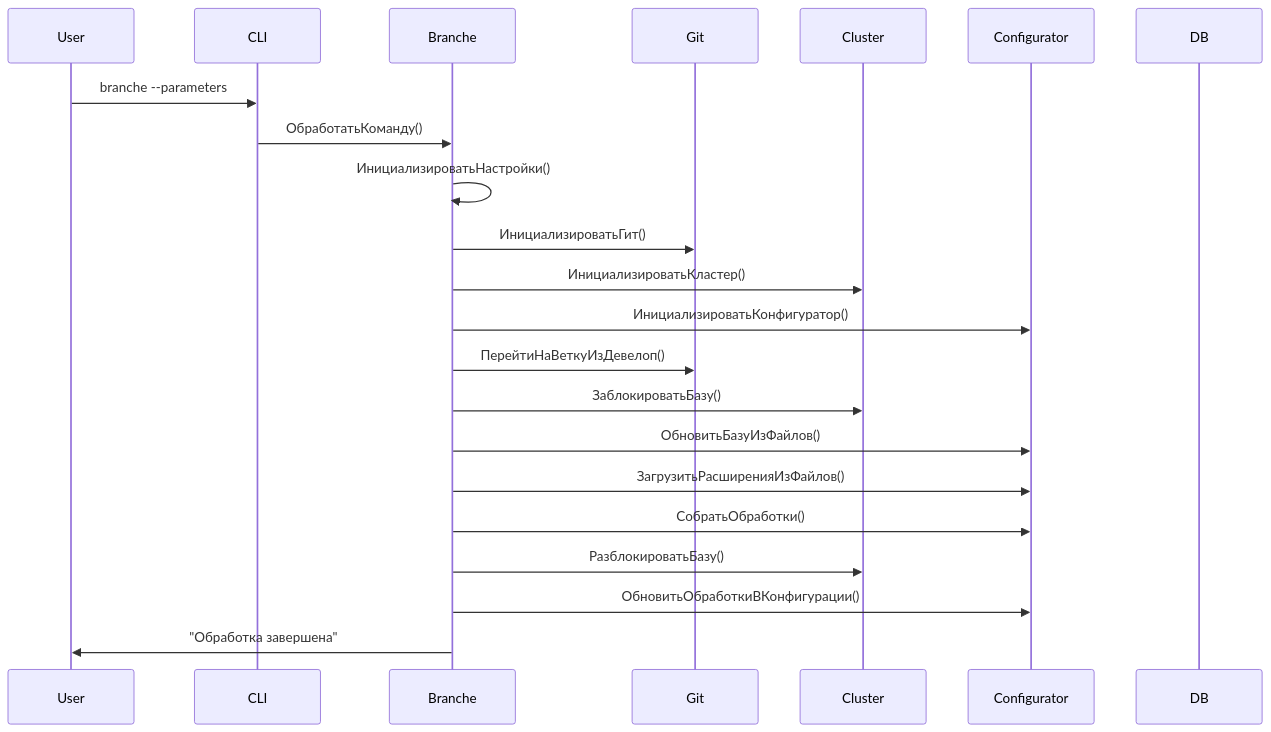
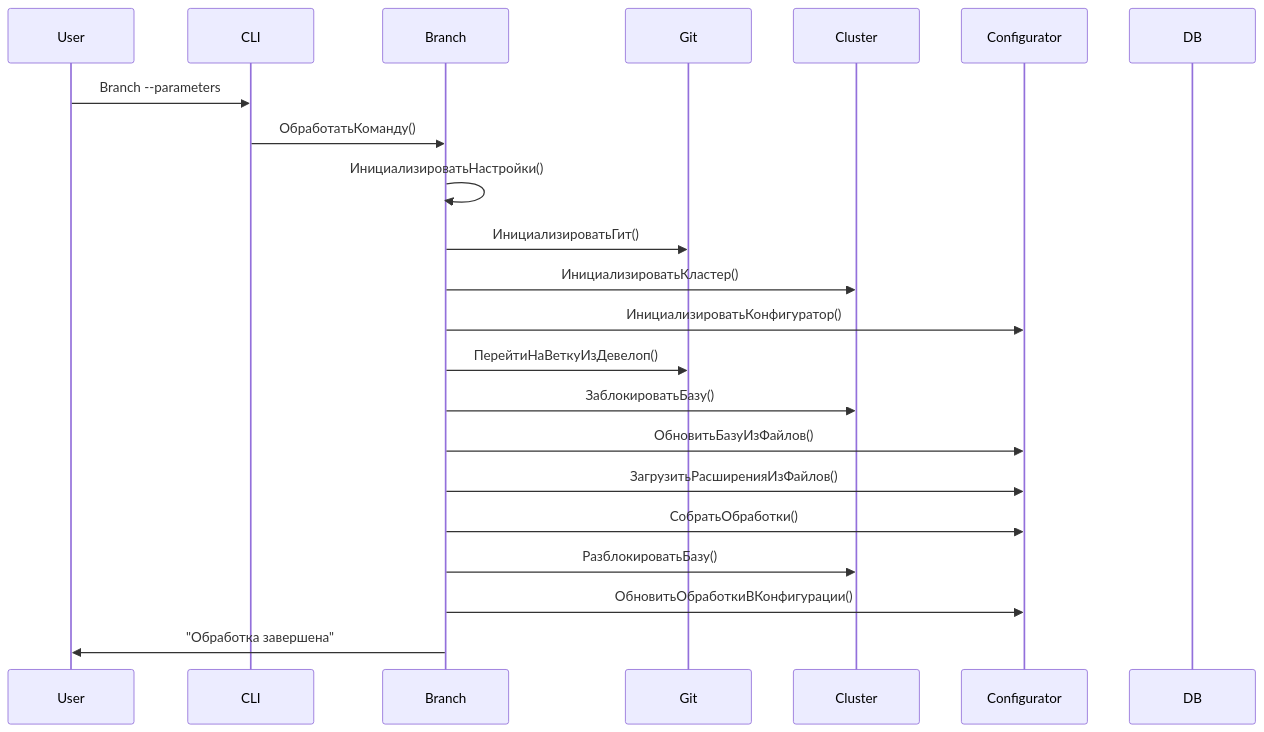
Before and after one commit to Untru/autumn-cli-deploy: the third of 3 diagrams in ARCHITECTURE.md, drawn with Mermaid. The commit also changed other lines of this file and 12 other files, not shown here.

````diff
--- a/ARCHITECTURE.md
+++ b/ARCHITECTURE.md
@@ -231,27 +231,27 @@
 ```mermaid
 sequenceDiagram
     participant User
     participant CLI
-    participant Branche
+    participant Branch
     participant Git
     participant Cluster
     participant Configurator
     participant DB
 
-    User->>CLI: branche --parameters
-    CLI->>Branche: ОбработатьКоманду()
-    Branche->>Branche: ИнициализироватьНастройки()
-    Branche->>Git: ИнициализироватьГит()
-    Branche->>Cluster: ИнициализироватьКластер()
-    Branche->>Configurator: ИнициализироватьКонфигуратор()
+    User->>CLI: Branch --parameters
+    CLI->>Branch: ОбработатьКоманду()
+    Branch->>Branch: ИнициализироватьНастройки()
+    Branch->>Git: ИнициализироватьГит()
+    Branch->>Cluster: ИнициализироватьКластер()
+    Branch->>Configurator: ИнициализироватьКонфигуратор()
     
-    Branche->>Git: ПерейтиНаВеткуИзДевелоп()
-    Branche->>Cluster: ЗаблокироватьБазу()
-    Branche->>Configurator: ОбновитьБазуИзФайлов()
-    Branche->>Configurator: ЗагрузитьРасширенияИзФайлов()
-    Branche->>Configurator: СобратьОбработки()
-    Branche->>Cluster: РазблокироватьБазу()
-    Branche->>Configurator: ОбновитьОбработкиВКонфигурации()
+    Branch->>Git: ПерейтиНаВеткуИзДевелоп()
+    Branch->>Cluster: ЗаблокироватьБазу()
+    Branch->>Configurator: ОбновитьБазуИзФайлов()
+    Branch->>Configurator: ЗагрузитьРасширенияИзФайлов()
+    Branch->>Configurator: СобратьОбработки()
+    Branch->>Cluster: РазблокироватьБазу()
+    Branch->>Configurator: ОбновитьОбработкиВКонфигурации()
     
-    Branche->>User: "Обработка завершена"
+    Branch->>User: "Обработка завершена"
 ```
````
